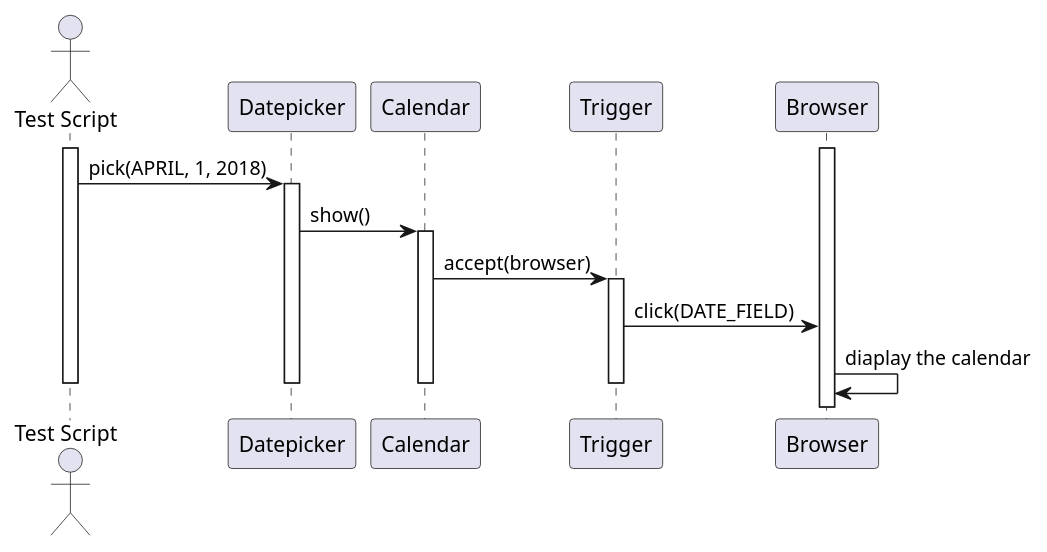
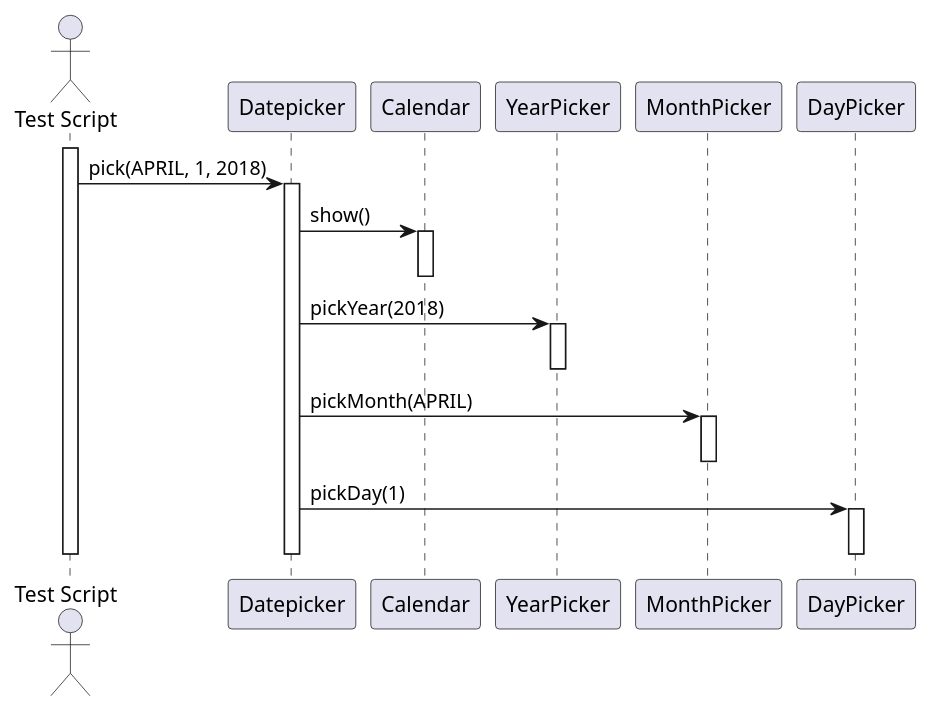
Before and after one commit to selenium-webdriver-book/source: the diagram in docs/datepicker.puml, drawn with PlantUML. The commit also changed 21 other files, not shown here.

```diff
--- a/docs/datepicker.puml
+++ b/docs/datepicker.puml
@@ -1,26 +1,36 @@
 @startuml
 
 actor "Test Script"
 participant Datepicker
 participant Calendar
-participant Trigger
+participant YearPicker
+participant MonthPicker
+participant DayPicker
 
 activate "Test Script"
-activate Browser
+
 
 "Test Script" -> Datepicker : pick(APRIL, 1, 2018)
 activate Datepicker
 Datepicker -> Calendar : show()
 activate Calendar
-Calendar -> Trigger: accept(browser)
-activate Trigger
-Trigger -> Browser: click(DATE_FIELD)
-Browser -> Browser: diaplay the calendar
 
-deactivate Trigger
 deactivate Calendar
+Datepicker -> YearPicker: pickYear(2018)
+activate YearPicker
+deactivate YearPicker
+
+Datepicker -> MonthPicker: pickMonth(APRIL)
+activate MonthPicker
+deactivate MonthPicker
+
+
+Datepicker -> DayPicker: pickDay(1)
+activate DayPicker
+deactivate DayPicker
+
 deactivate Datepicker
 
 deactivate "Test Script"
 
 @enduml
```
